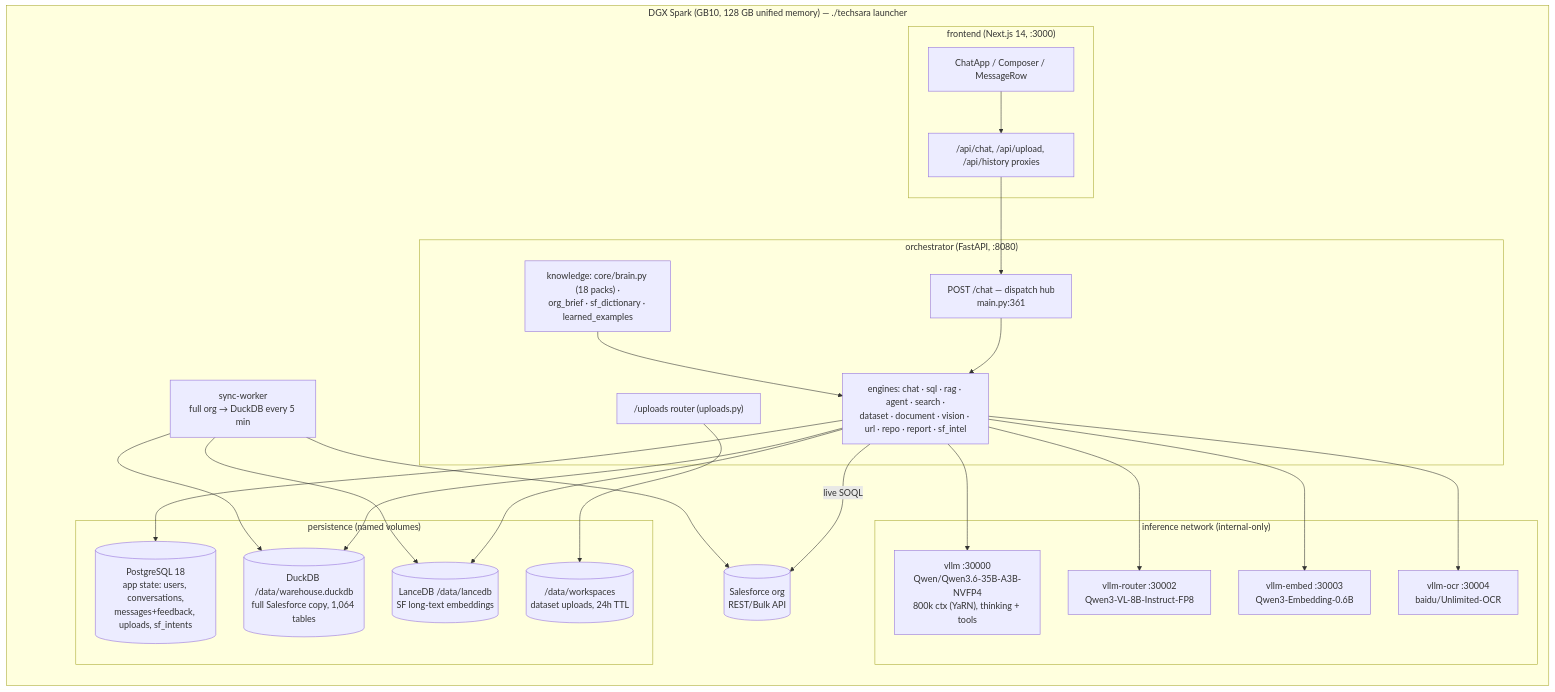
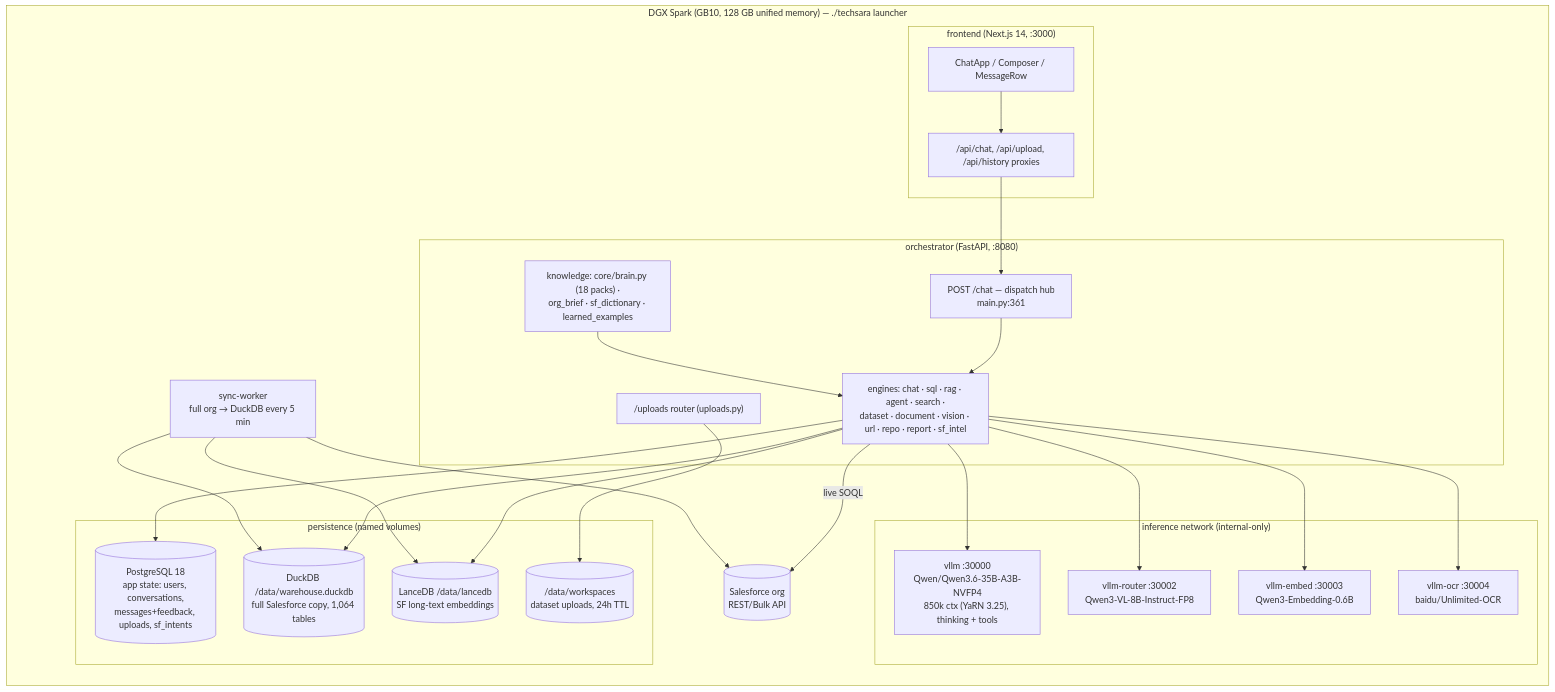
Before and after one commit to namanjain221995/personal-LLM-Chabot: the diagram in docs/ARCHITECTURE_CURRENT.md, drawn with Mermaid. The commit also changed other lines of this file and 14 other files, not shown here.

````diff
--- a/docs/ARCHITECTURE_CURRENT.md
+++ b/docs/ARCHITECTURE_CURRENT.md
@@ -15,37 +15,37 @@
 ```mermaid
 flowchart LR
     subgraph Host["DGX Spark (GB10, 128 GB unified memory) — ./techsara launcher"]
         subgraph FE["frontend (Next.js 14, :3000)"]
             UI[ChatApp / Composer / MessageRow]
             PROXY["/api/chat, /api/upload, /api/history proxies"]
         end
         subgraph ORCH["orchestrator (FastAPI, :8080)"]
             CHAT["POST /chat — dispatch hub<br/>main.py:361"]
             ENG["engines: chat · sql · rag · agent · search ·<br/>dataset · document · vision · url · repo · report · sf_intel"]
             BRAIN["knowledge: core/brain.py (18 packs) ·<br/>org_brief · sf_dictionary · learned_examples"]
             UP["/uploads router (uploads.py)"]
         end
         subgraph MODELS["inference network (internal-only)"]
-            VMAIN["vllm :30000<br/>Qwen/Qwen3.6-35B-A3B-NVFP4<br/>800k ctx (YaRN), thinking + tools"]
+            VMAIN["vllm :30000<br/>Qwen/Qwen3.6-35B-A3B-NVFP4<br/>850k ctx (YaRN 3.25), thinking + tools"]
             VROUTER["vllm-router :30002<br/>Qwen3-VL-8B-Instruct-FP8"]
             VEMBED["vllm-embed :30003<br/>Qwen3-Embedding-0.6B"]
             VOCR["vllm-ocr :30004<br/>baidu/Unlimited-OCR"]
         end
         subgraph DATA["persistence (named volumes)"]
             PG[(PostgreSQL 18<br/>app state: users, conversations,<br/>messages+feedback, uploads, sf_intents)]
             DUCK[(DuckDB /data/warehouse.duckdb<br/>full Salesforce copy, 1,064 tables)]
             LANCE[(LanceDB /data/lancedb<br/>SF long-text embeddings)]
             WS[(/data/workspaces<br/>dataset uploads, 24h TTL)]
         end
         SYNC["sync-worker<br/>full org → DuckDB every 5 min"]
         SF[(Salesforce org<br/>REST/Bulk API)]
     end
     UI --> PROXY --> CHAT --> ENG
     ENG --> VMAIN & VROUTER & VEMBED & VOCR
     ENG --> DUCK & LANCE & PG
     ENG -->|live SOQL| SF
     BRAIN --> ENG
     UP --> WS
     SYNC --> SF
     SYNC --> DUCK & LANCE
 ```
````
